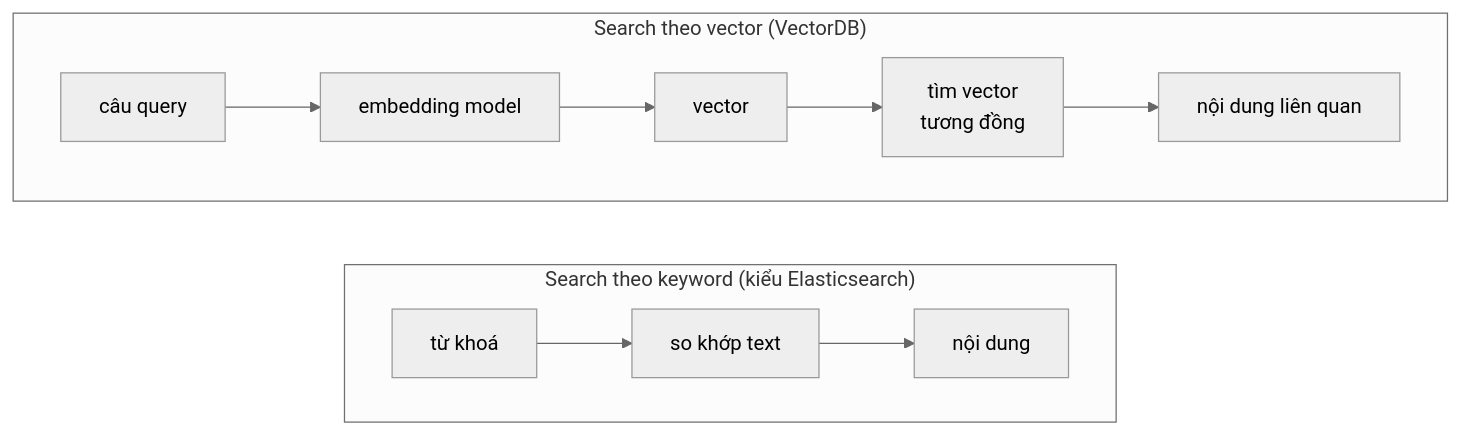
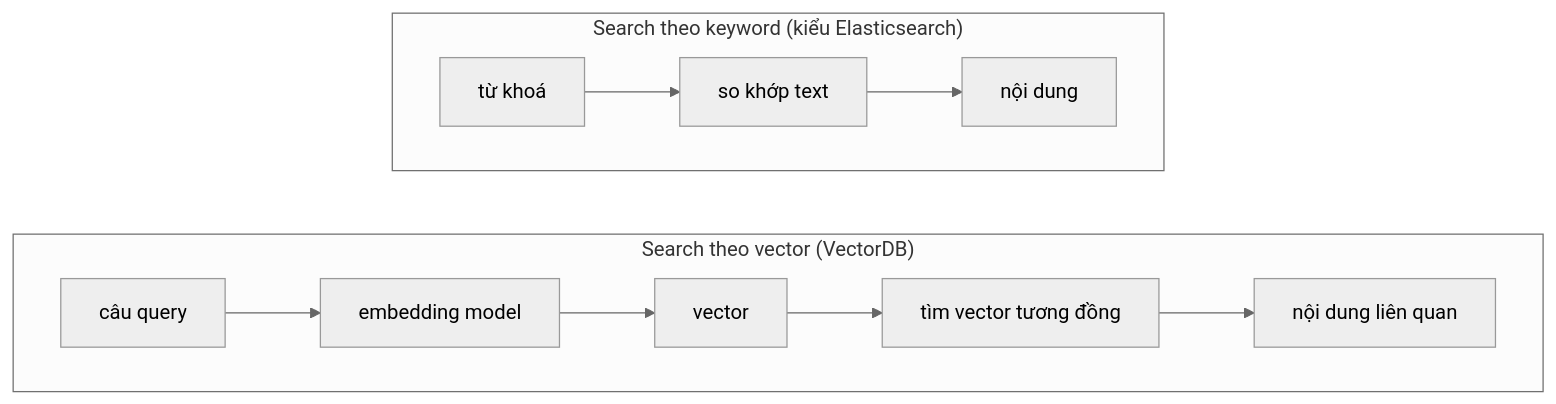
The first of 8 diagrams in docs/vector-database-la-gi.md (youngmonkeys/ezyvector), drawn with Mermaid (neutral theme) before and after one commit. The commit also changed other lines of this file, not shown here.

````diff
--- a/docs/vector-database-la-gi.md
+++ b/docs/vector-database-la-gi.md
@@ -11,12 +11,14 @@
 ```mermaid
-flowchart LR
+flowchart TB
     subgraph Keyword["Search theo keyword (kiểu Elasticsearch)"]
         direction LR
         Q1["từ khoá"] --> M1["so khớp text"] --> R1["nội dung"]
     end
 
     subgraph Vector["Search theo vector (VectorDB)"]
         direction LR
-        Q2["câu query"] --> E2["embedding model"] --> V2["vector"] --> M2["tìm vector\ntương đồng"] --> R2["nội dung liên quan"]
+        Q2["câu query"] --> E2["embedding model"] --> V2["vector"] --> M2["tìm vector tương đồng"] --> R2["nội dung liên quan"]
     end
+
+    R1 ~~~ Q2
 ```
````
